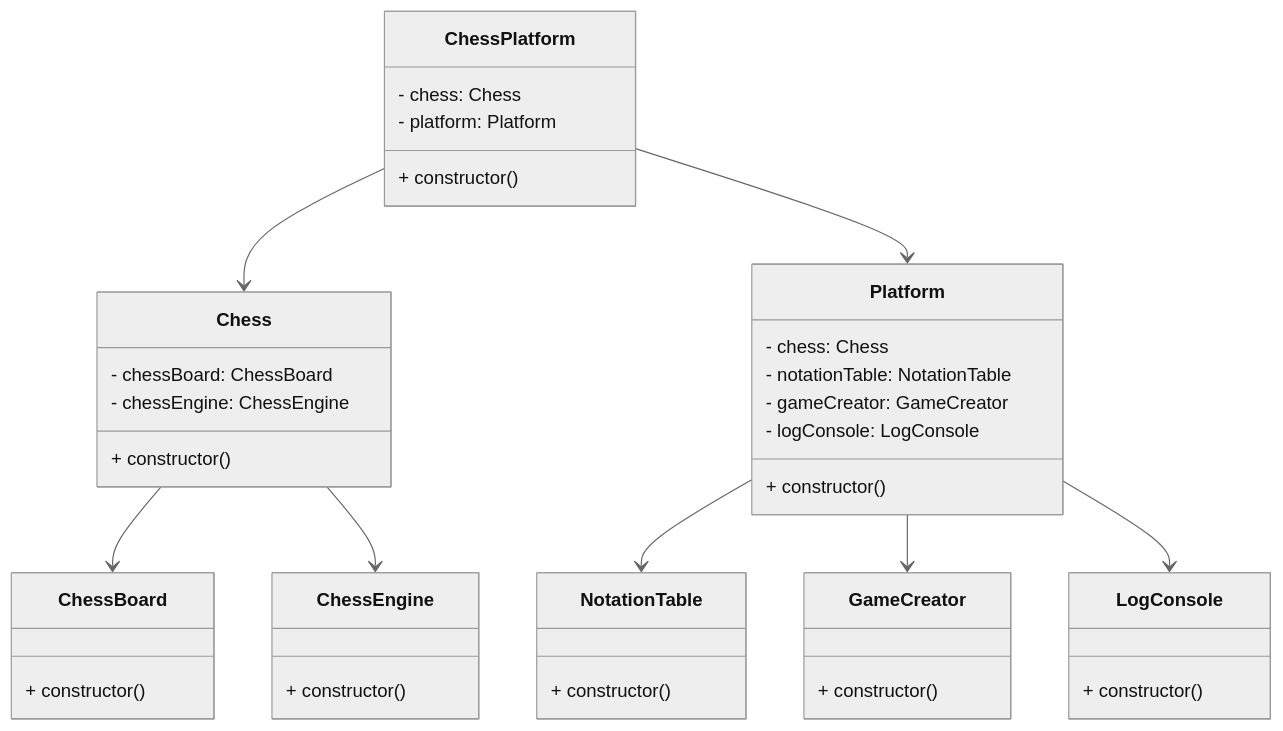
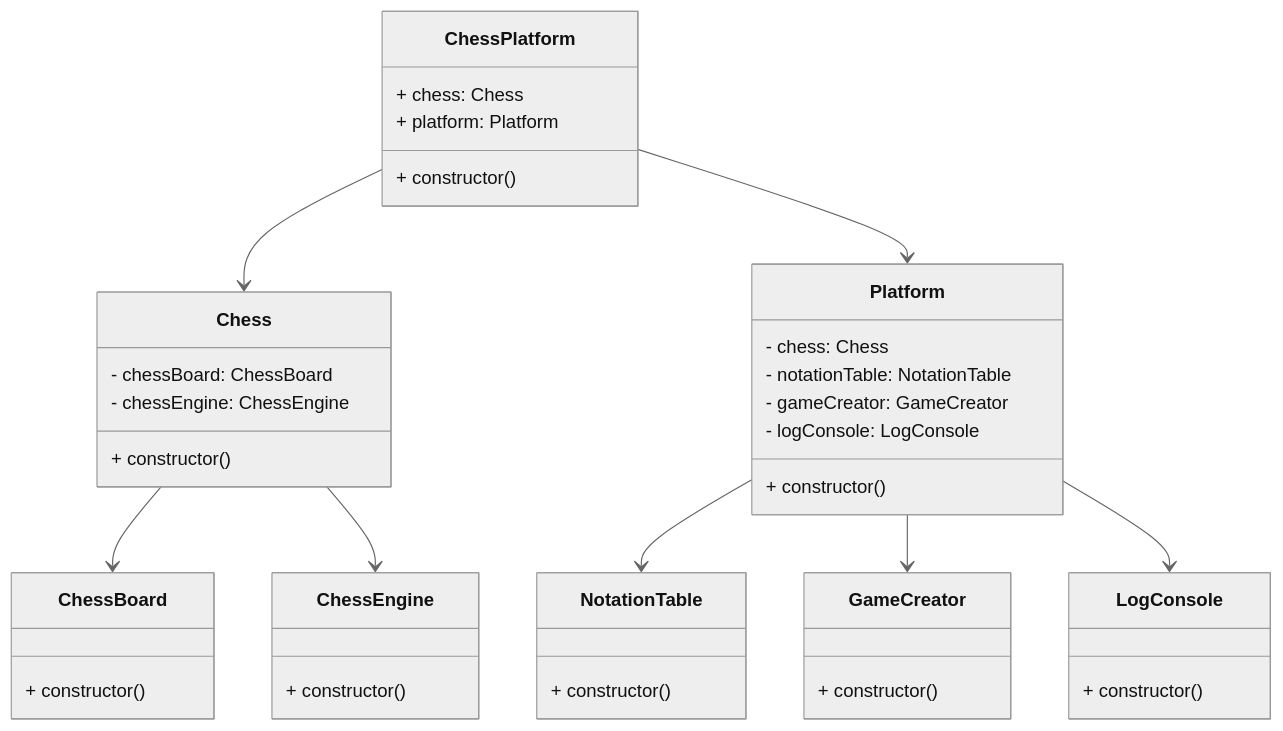
One commit to SuperLogic-stack/chess-arena changed the diagram in README.md. Above: the diagram before and after it, drawn with Mermaid (neutral theme).

````diff
--- a/README.md
+++ b/README.md
@@ -80,44 +80,44 @@
 ```mermaid
 classDiagram
   class ChessPlatform {
-    - chess: Chess
-    - platform: Platform
+    + chess: Chess
+    + platform: Platform
     + constructor()
   }
   class Chess {
     - chessBoard: ChessBoard
     - chessEngine: ChessEngine
     + constructor()
   }
   class ChessEngine {
     + constructor()
   }
   class ChessBoard {
     + constructor()
   }
   class Platform {
     - chess: Chess
     - notationTable: NotationTable
     - gameCreator: GameCreator
     - logConsole: LogConsole
     + constructor()
   }
   class NotationTable {
     + constructor()
   }
   class GameCreator {
     + constructor()
   }
   class LogConsole {
     + constructor()
   }
 
   ChessPlatform --> Chess
   ChessPlatform --> Platform
   Chess --> ChessBoard
   Chess --> ChessEngine
   Platform --> NotationTable
   Platform --> GameCreator
   Platform --> LogConsole
 
 ```
````
